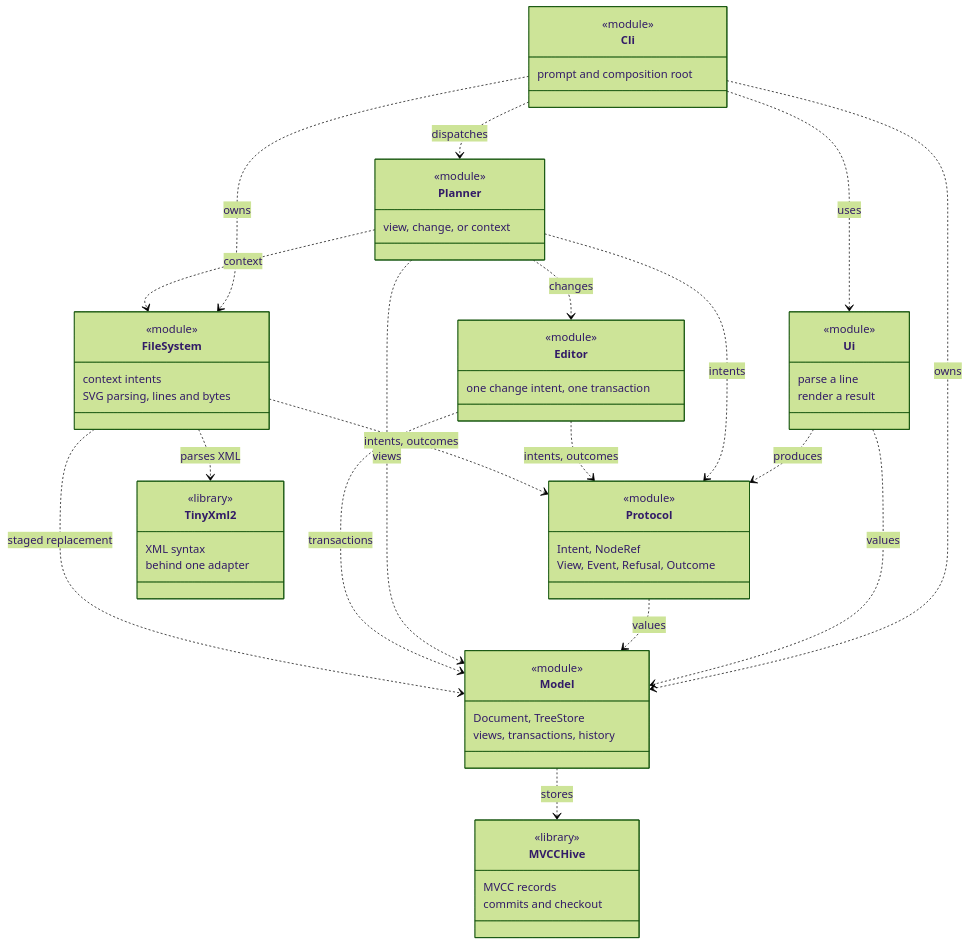
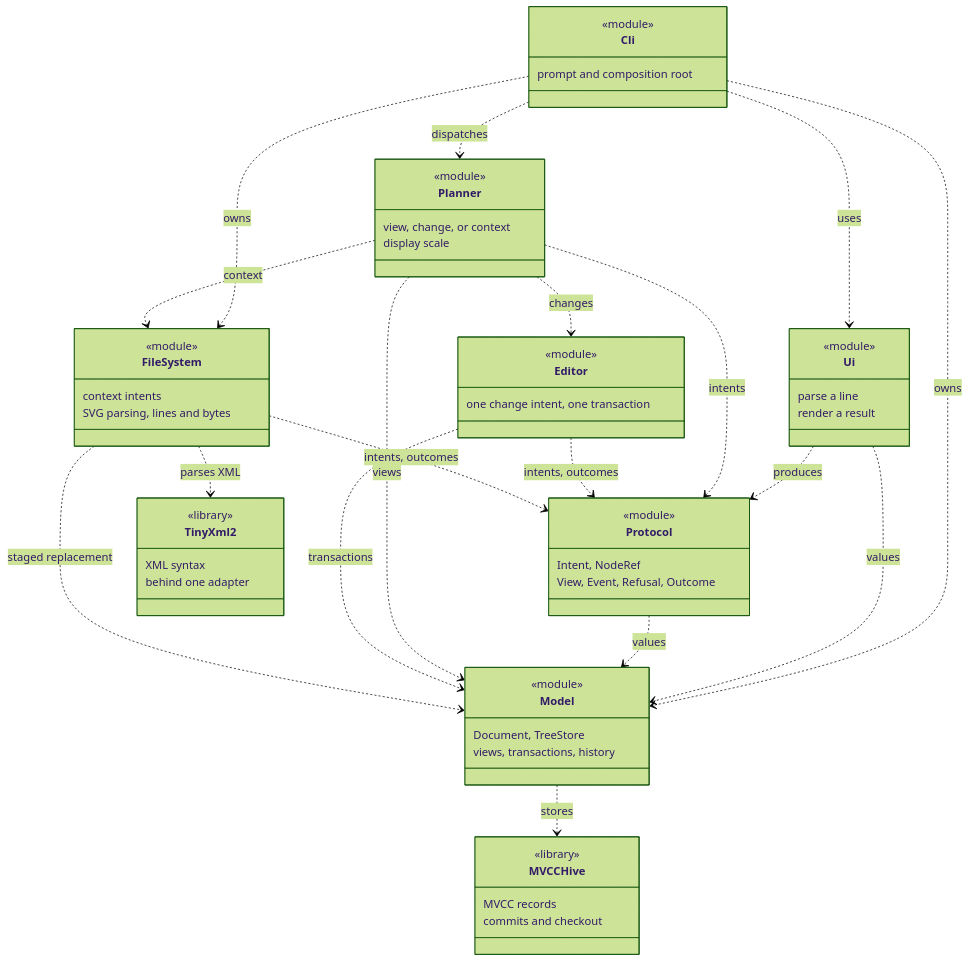
One commit to NegaVoayz/SVG_Editor changed the diagram in docs/Structure.md. Above: the diagram before and after it, drawn with Mermaid (forest theme). The commit also changed other lines of this file and 16 other files, not shown here.

````diff
--- a/docs/Structure.md
+++ b/docs/Structure.md
@@ -44,65 +44,66 @@
 ```mermaid
 classDiagram
     direction TB
 
     class Cli {
         <<module>>
         prompt and composition root
     }
     class Ui {
         <<module>>
         parse a line
         render a result
     }
     class Protocol {
         <<module>>
         Intent, NodeRef
         View, Event, Refusal, Outcome
     }
     class Planner {
         <<module>>
         view, change, or context
+        display scale
     }
     class Editor {
         <<module>>
         one change intent, one transaction
     }
     class Model {
         <<module>>
         Document, TreeStore
         views, transactions, history
     }
     class FileSystem {
         <<module>>
         context intents
         SVG parsing, lines and bytes
     }
     class MVCCHive {
         <<library>>
         MVCC records
         commits and checkout
     }
     class TinyXml2 {
         <<library>>
         XML syntax
         behind one adapter
     }
 
     Cli ..> Ui : uses
     Cli ..> Planner : dispatches
     Cli ..> Model : owns
     Cli ..> FileSystem : owns
     Ui ..> Protocol : produces
     Ui ..> Model : values
     Protocol ..> Model : values
     Planner ..> Protocol : intents
     Planner ..> Model : views
     Planner ..> Editor : changes
     Planner ..> FileSystem : context
     Editor ..> Protocol : intents, outcomes
     Editor ..> Model : transactions
     FileSystem ..> Model : staged replacement
     FileSystem ..> Protocol : intents, outcomes
     FileSystem ..> TinyXml2 : parses XML
     Model ..> MVCCHive : stores
 ```
````
